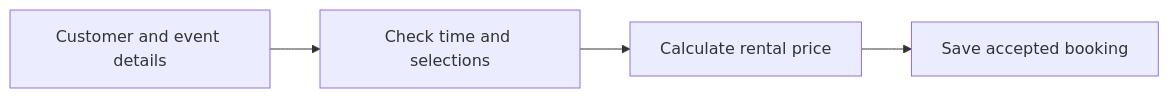
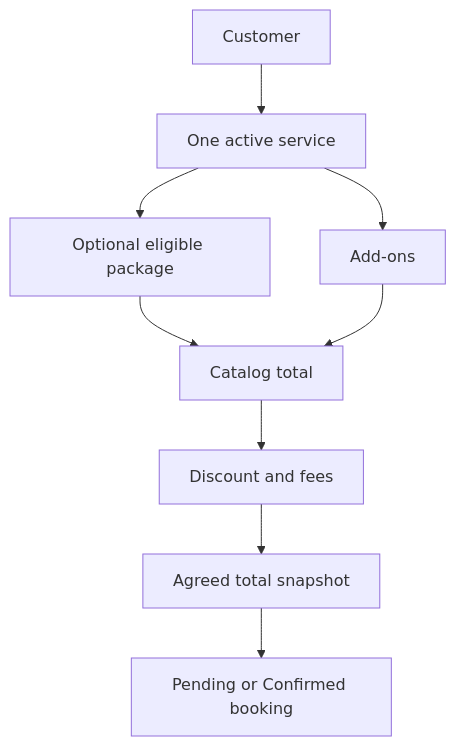
The diagram in Understand the System/System Understanding/Workflows/Booking and Pricing.md (danielaplan/Rental-Ops-Manager), drawn with Mermaid before and after one commit. The commit also changed other lines of this file and 96 other files, not shown here.

````diff
--- a/Understand the System/System Understanding/Workflows/Booking and Pricing.md
+++ b/Understand the System/System Understanding/Workflows/Booking and Pricing.md
@@ -27,6 +41,11 @@
 ```mermaid
-flowchart LR
-    A[Customer and event details] --> B[Check time and selections]
-    B --> C[Calculate rental price]
-    C --> D[Save accepted booking]
+flowchart TD
+  C[Customer] --> S[One active service]
+  S --> P[Optional eligible package]
+  S --> A[Add-ons]
+  P --> T[Catalog total]
+  A --> T
+  T --> N[Discount and fees]
+  N --> G[Agreed total snapshot]
+  G --> B[Pending or Confirmed booking]
 ```
````
